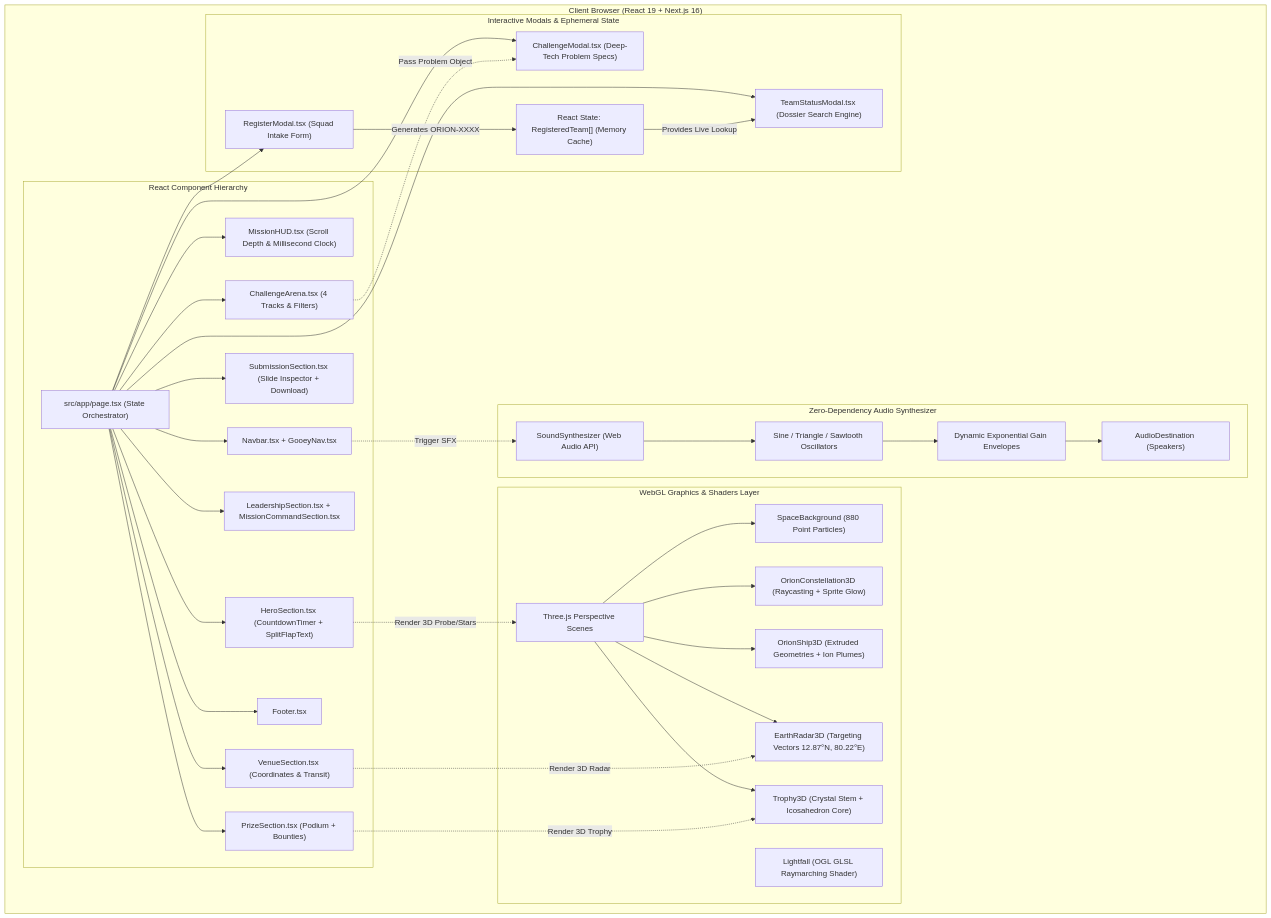
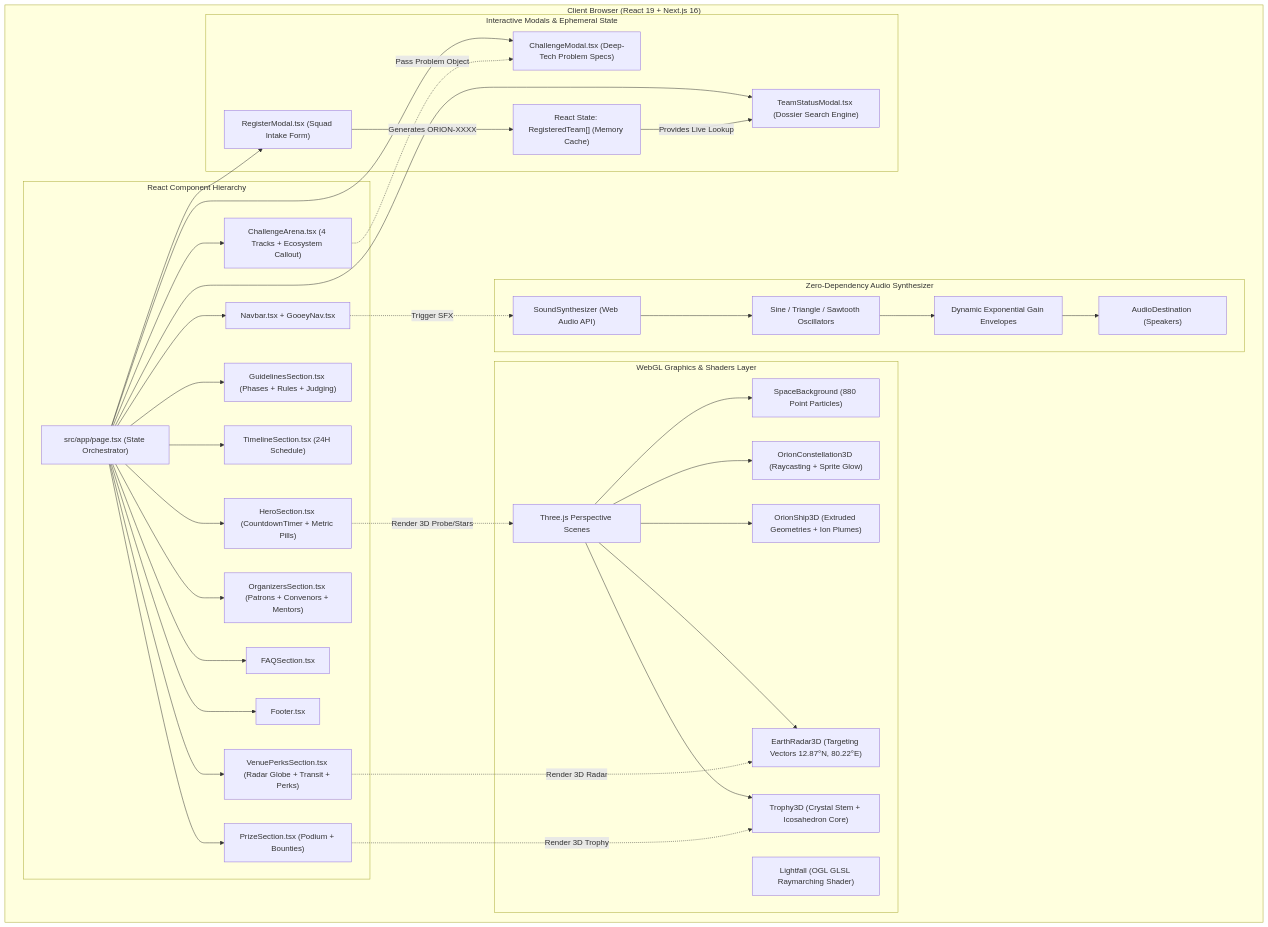
Before and after one commit to praveeneyyy/orion-1.0: the diagram in README.md, drawn with Mermaid. The commit also changed other lines of this file and 33 other files, not shown here.

````diff
--- a/README.md
+++ b/README.md
@@ -30,54 +30,55 @@
 ```mermaid
 flowchart TD
     subgraph ClientBrowser["Client Browser (React 19 + Next.js 16)"]
         subgraph AudioSubsystem["Zero-Dependency Audio Synthesizer"]
             SynthEngine["SoundSynthesizer (Web Audio API)"]
             OscNodes["Sine / Triangle / Sawtooth Oscillators"]
             GainNodes["Dynamic Exponential Gain Envelopes"]
             SynthEngine --> OscNodes --> GainNodes --> Destination["AudioDestination (Speakers)"]
         end
 
         subgraph Visual3DSubsystem["WebGL Graphics & Shaders Layer"]
             ThreeScene["Three.js Perspective Scenes"]
             StarfieldPoints["SpaceBackground (880 Point Particles)"]
             ConstellationRaycast["OrionConstellation3D (Raycasting + Sprite Glow)"]
             ProbeModel["OrionShip3D (Extruded Geometries + Ion Plumes)"]
             RadarGlobe["EarthRadar3D (Targeting Vectors 12.87°N, 80.22°E)"]
             TrophyMesh["Trophy3D (Crystal Stem + Icosahedron Core)"]
             OGLShader["Lightfall (OGL GLSL Raymarching Shader)"]
             ThreeScene --> StarfieldPoints & ConstellationRaycast & ProbeModel & RadarGlobe & TrophyMesh
         end
 
         subgraph CoreUI["React Component Hierarchy"]
             PageEntry["src/app/page.tsx (State Orchestrator)"]
             NavComp["Navbar.tsx + GooeyNav.tsx"]
-            HUDComp["MissionHUD.tsx (Scroll Depth & Millisecond Clock)"]
-            HeroComp["HeroSection.tsx (CountdownTimer + SplitFlapText)"]
-            ArenaComp["ChallengeArena.tsx (4 Tracks & Filters)"]
-            BlueprintComp["SubmissionSection.tsx (Slide Inspector + Download)"]
+            HeroComp["HeroSection.tsx (CountdownTimer + Metric Pills)"]
+            ArenaComp["ChallengeArena.tsx (4 Tracks + Ecosystem Callout)"]
             PrizesComp["PrizeSection.tsx (Podium + Bounties)"]
-            LeadComp["LeadershipSection.tsx + MissionCommandSection.tsx"]
-            VenueComp["VenueSection.tsx (Coordinates & Transit)"]
+            GuidelinesComp["GuidelinesSection.tsx (Phases + Rules + Judging)"]
+            TimelineComp["TimelineSection.tsx (24H Schedule)"]
+            VenueComp["VenuePerksSection.tsx (Radar Globe + Transit + Perks)"]
+            OrganizersComp["OrganizersSection.tsx (Patrons + Convenors + Mentors)"]
+            FAQComp["FAQSection.tsx"]
             FooterComp["Footer.tsx"]
 
-            PageEntry --> NavComp & HUDComp & HeroComp & ArenaComp & BlueprintComp & PrizesComp & LeadComp & VenueComp & FooterComp
+            PageEntry --> NavComp & HeroComp & ArenaComp & PrizesComp & GuidelinesComp & TimelineComp & VenueComp & OrganizersComp & FAQComp & FooterComp
         end
 
         subgraph ModalSystem["Interactive Modals & Ephemeral State"]
             RegModal["RegisterModal.tsx (Squad Intake Form)"]
             StatusModal["TeamStatusModal.tsx (Dossier Search Engine)"]
             DossierModal["ChallengeModal.tsx (Deep-Tech Problem Specs)"]
             StateArray["React State: RegisteredTeam[] (Memory Cache)"]
 
             PageEntry --> RegModal & StatusModal & DossierModal
             RegModal -->|Generates ORION-XXXX| StateArray
             StateArray -->|Provides Live Lookup| StatusModal
         end
     end
 
     NavComp -.->|Trigger SFX| SynthEngine
     HeroComp -.->|Render 3D Probe/Stars| ThreeScene
     VenueComp -.->|Render 3D Radar| RadarGlobe
     PrizesComp -.->|Render 3D Trophy| TrophyMesh
     ArenaComp -.->|Pass Problem Object| DossierModal
 ```
````
